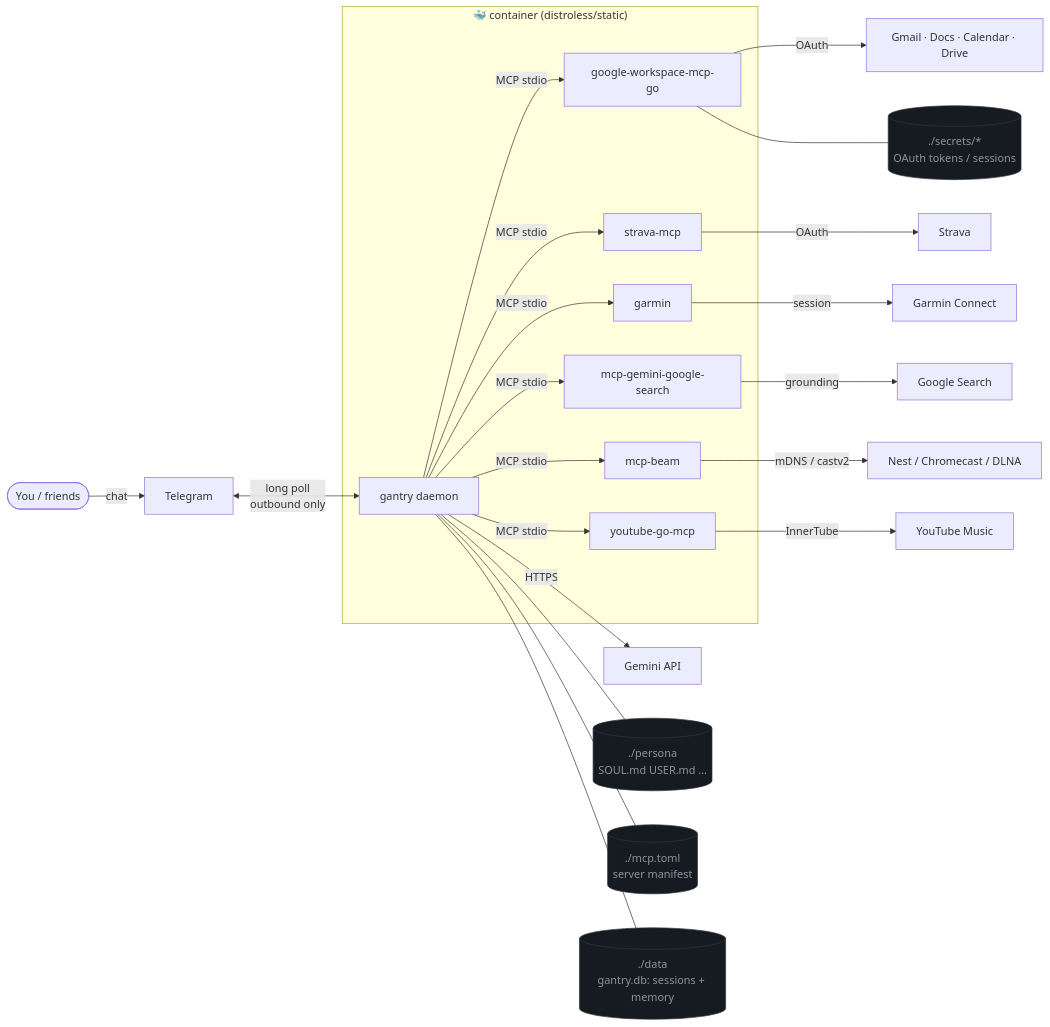
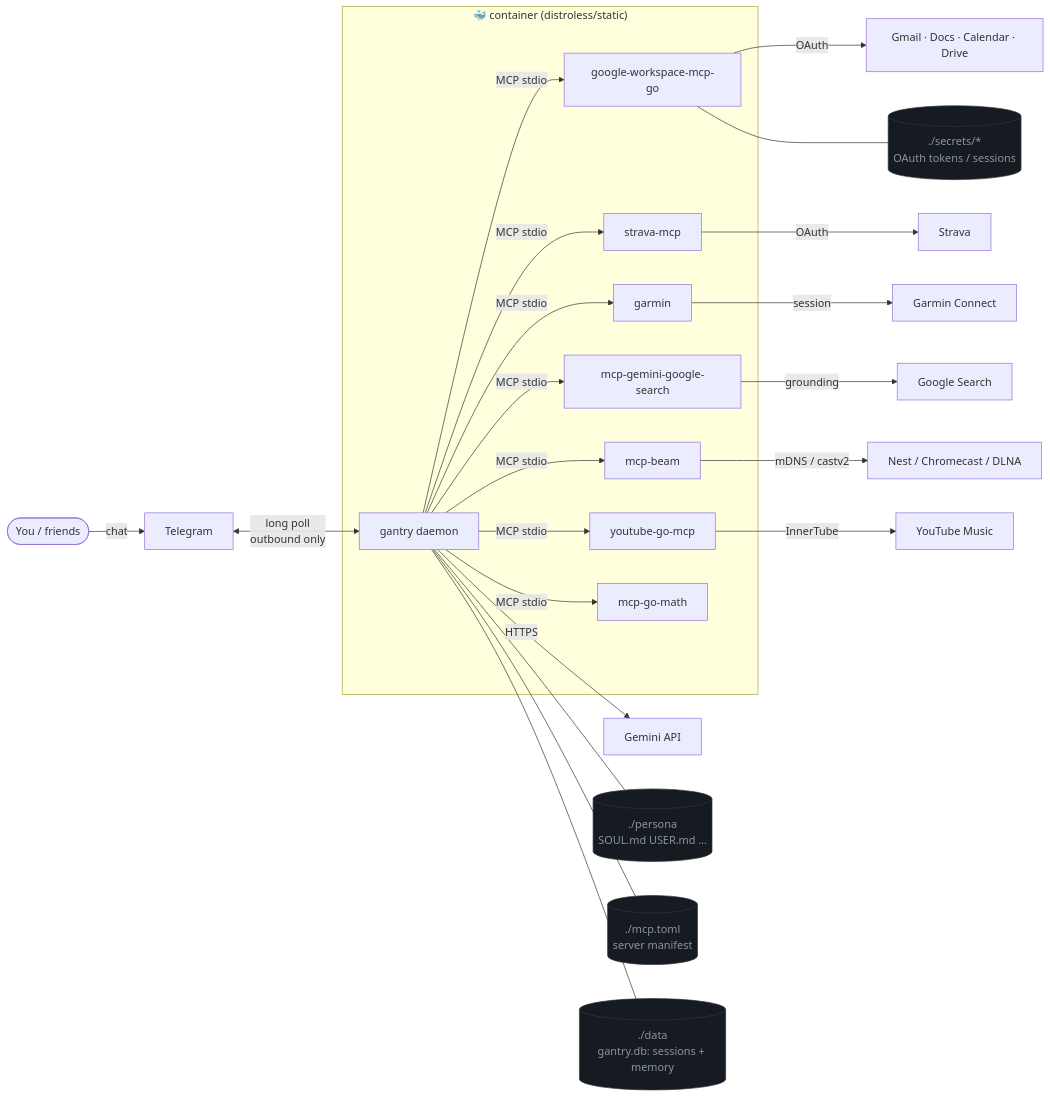
Before and after one commit to shotah/ai-gantry: the first of 4 diagrams in local-agent/README.md, drawn with Mermaid. The commit also changed other lines of this file and 71 other files, not shown here.

````diff
--- a/local-agent/README.md
+++ b/local-agent/README.md
@@ -54,37 +57,39 @@
 ```mermaid
 flowchart LR
   You([You / friends]) -->|chat| TG[Telegram]
   TG <-->|long poll<br/>outbound only| GN
 
   subgraph Host["🐳 container (distroless/static)"]
     GN[gantry daemon]
     GW[google-workspace-mcp-go]
     SM[strava-mcp]
     GM[garmin]
     GS[mcp-gemini-google-search]
     CM[mcp-beam]
     YM[youtube-go-mcp]
+    MM[mcp-go-math]
     GN -->|MCP stdio| GW
     GN -->|MCP stdio| SM
     GN -->|MCP stdio| GM
     GN -->|MCP stdio| GS
     GN -->|MCP stdio| CM
     GN -->|MCP stdio| YM
+    GN -->|MCP stdio| MM
   end
 
   GN -->|HTTPS| GEM[Gemini API]
   GW -->|OAuth| GWS[Gmail · Docs · Calendar · Drive]
   SM -->|OAuth| STV[Strava]
   GM -->|session| GC[Garmin Connect]
   GS -->|grounding| GGL[Google Search]
   CM -->|mDNS / castv2| CAST[Nest / Chromecast / DLNA]
   YM -->|InnerTube| YTM[YouTube Music]
 
   GN --- P[("./persona<br/>SOUL.md USER.md …")]
   GN --- M[("./mcp.toml<br/>server manifest")]
   GN --- DATA[("./data<br/>gantry.db: sessions + memory")]
   GW --- SEC[("./secrets/*<br/>OAuth tokens / sessions")]
 
   classDef store fill:#161b22,stroke:#30363d,color:#8b949e;
   class P,M,DATA,SEC store;
 ```
````
